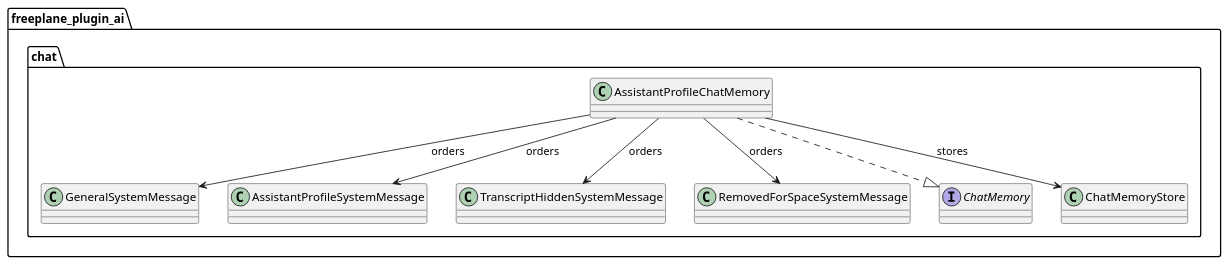
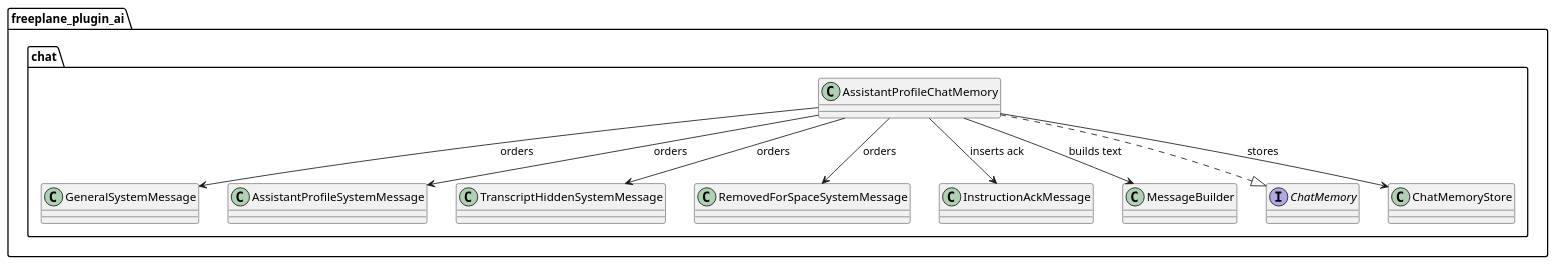
One commit to guoranjun2/nexordia changed the second of 4 diagrams in ai-specs/tasks/in-progress/chat-memory-system-messages.md. Above: the diagram before and after it, drawn with PlantUML. The commit also changed other lines of this file and 33 other files, not shown here.

Commit message:
2026-02-03-assistant-profiles: add profile management UI, structured profile transcript entries, and chronological chat memory control-message handling

````diff
--- a/ai-specs/tasks/in-progress/chat-memory-system-messages.md
+++ b/ai-specs/tasks/in-progress/chat-memory-system-messages.md
@@ -191,23 +280,27 @@
 ```plantuml
 @startuml
 set separator none
 package "freeplane_plugin_ai" {
   package "chat" {
     class AssistantProfileChatMemory
     class GeneralSystemMessage
     class AssistantProfileSystemMessage
     class TranscriptHiddenSystemMessage
     class RemovedForSpaceSystemMessage
+    class InstructionAckMessage
+    class MessageBuilder
     interface ChatMemory
     class ChatMemoryStore
 
     AssistantProfileChatMemory ..|> ChatMemory
     AssistantProfileChatMemory --> ChatMemoryStore : stores
     AssistantProfileChatMemory --> GeneralSystemMessage : orders
     AssistantProfileChatMemory --> AssistantProfileSystemMessage : orders
     AssistantProfileChatMemory --> TranscriptHiddenSystemMessage : orders
     AssistantProfileChatMemory --> RemovedForSpaceSystemMessage : orders
+    AssistantProfileChatMemory --> InstructionAckMessage : inserts ack
+    AssistantProfileChatMemory --> MessageBuilder : builds text
   }
 }
 @enduml
 ```
````
